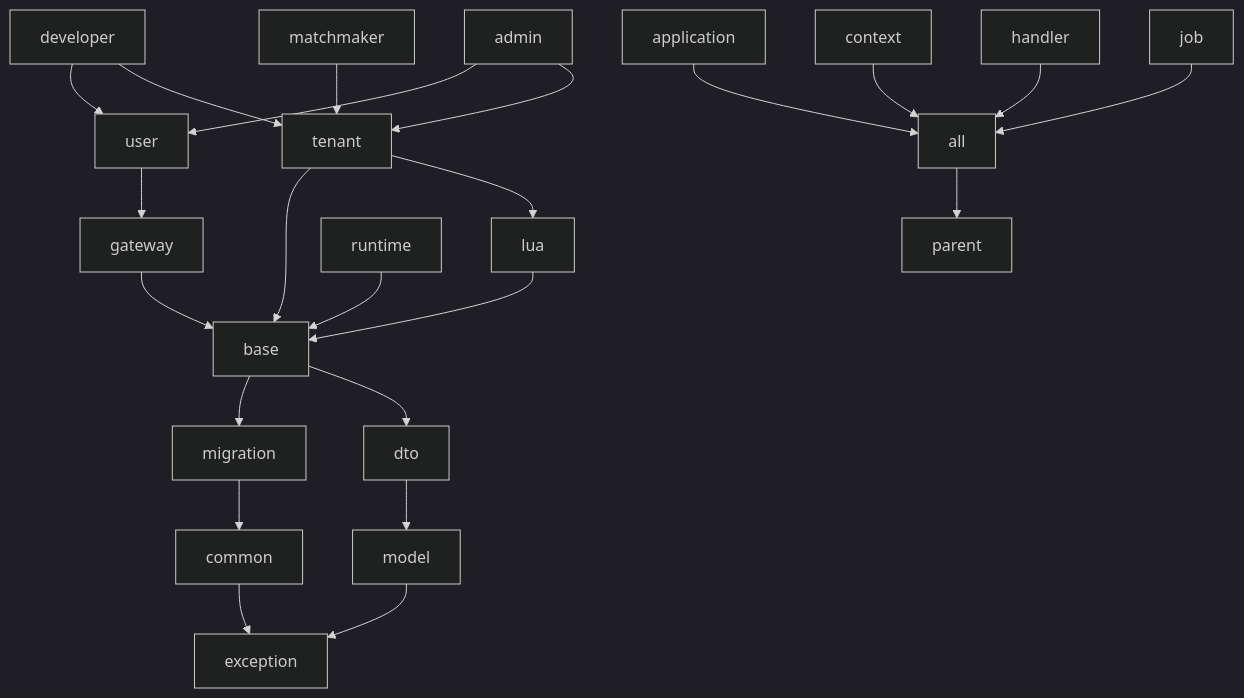
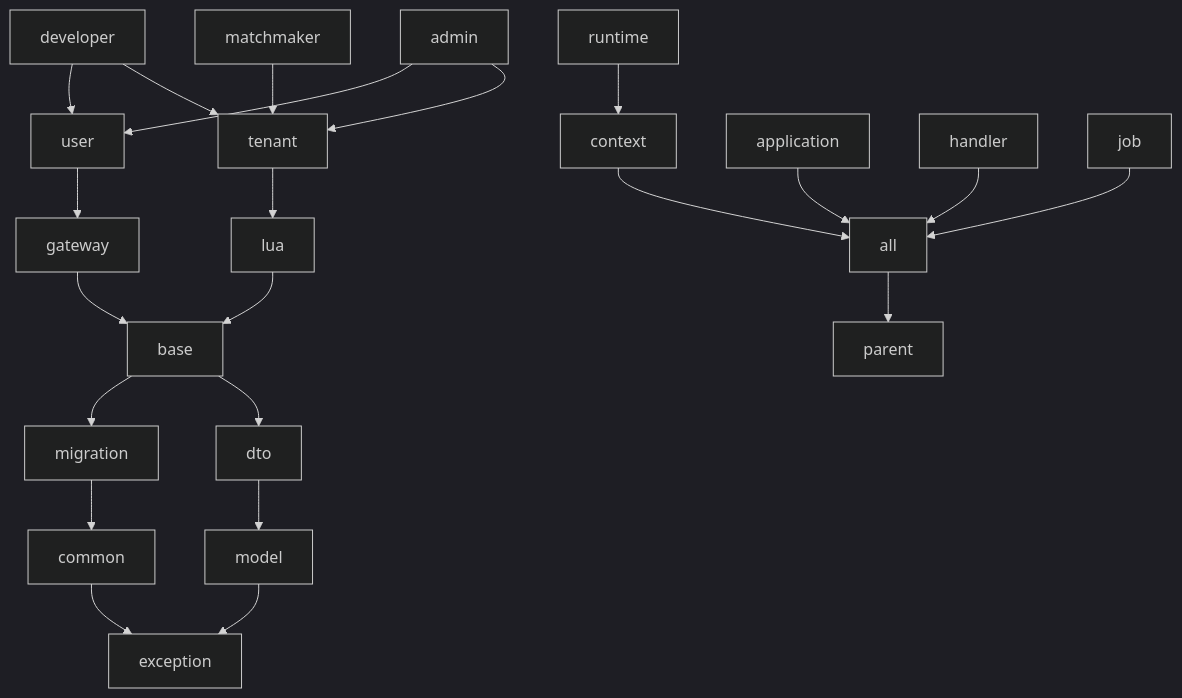
Before and after one commit to OMGSERVERS/omgservers: the diagram in omgservers-documentation/ModuleRelations.md, drawn with Mermaid (dark theme). The commit also changed 29 other files, not shown here.

````diff
--- a/omgservers-documentation/ModuleRelations.md
+++ b/omgservers-documentation/ModuleRelations.md
@@ -3,25 +3,24 @@
 ```mermaid
 graph TD;
 model --> exception
 dto --> model;
 common --> exception;
 migration --> common;
 base --> migration;
 base --> dto;
 gateway --> base;
 user --> gateway;
-tenant --> base;
 tenant --> lua;
 lua --> base;
-runtime --> base;
+runtime --> context;
 matchmaker --> tenant;
 developer --> user;
 developer --> tenant;
 admin --> user;
 admin --> tenant;
 application --> all;
 context --> all;
 handler --> all;
 job --> all;
 all --> parent;
 ```
````
